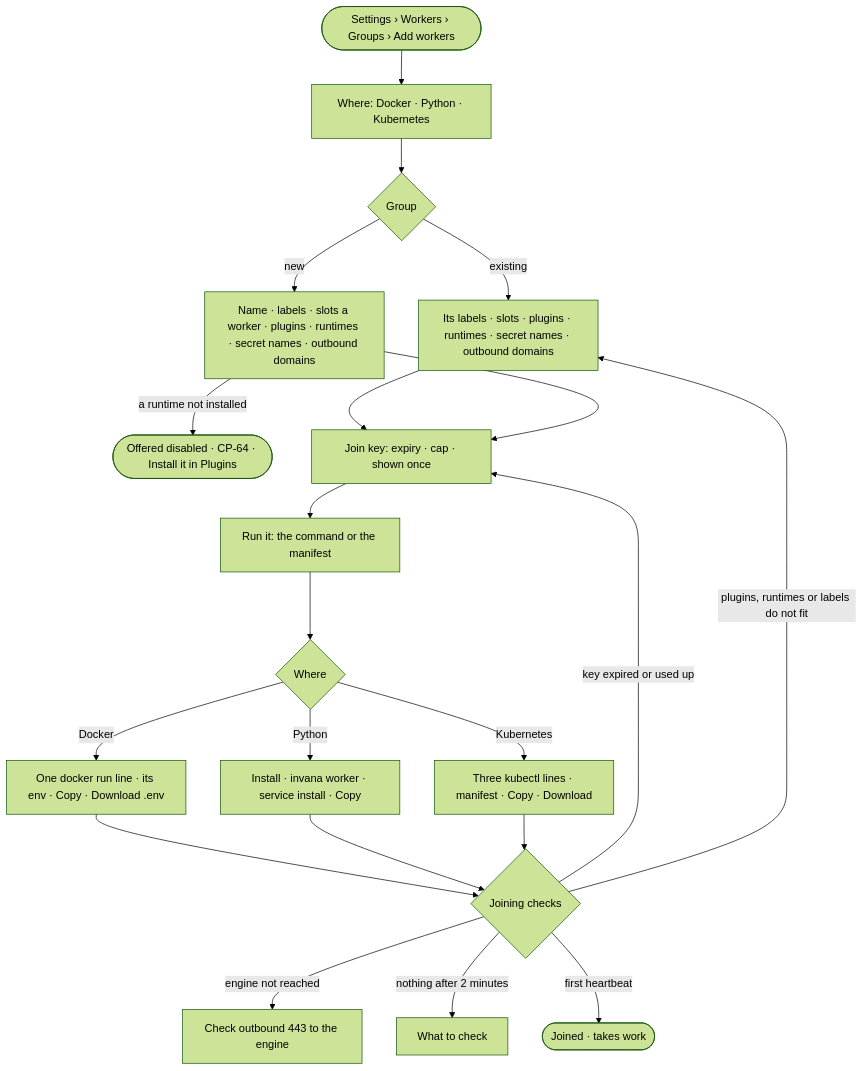
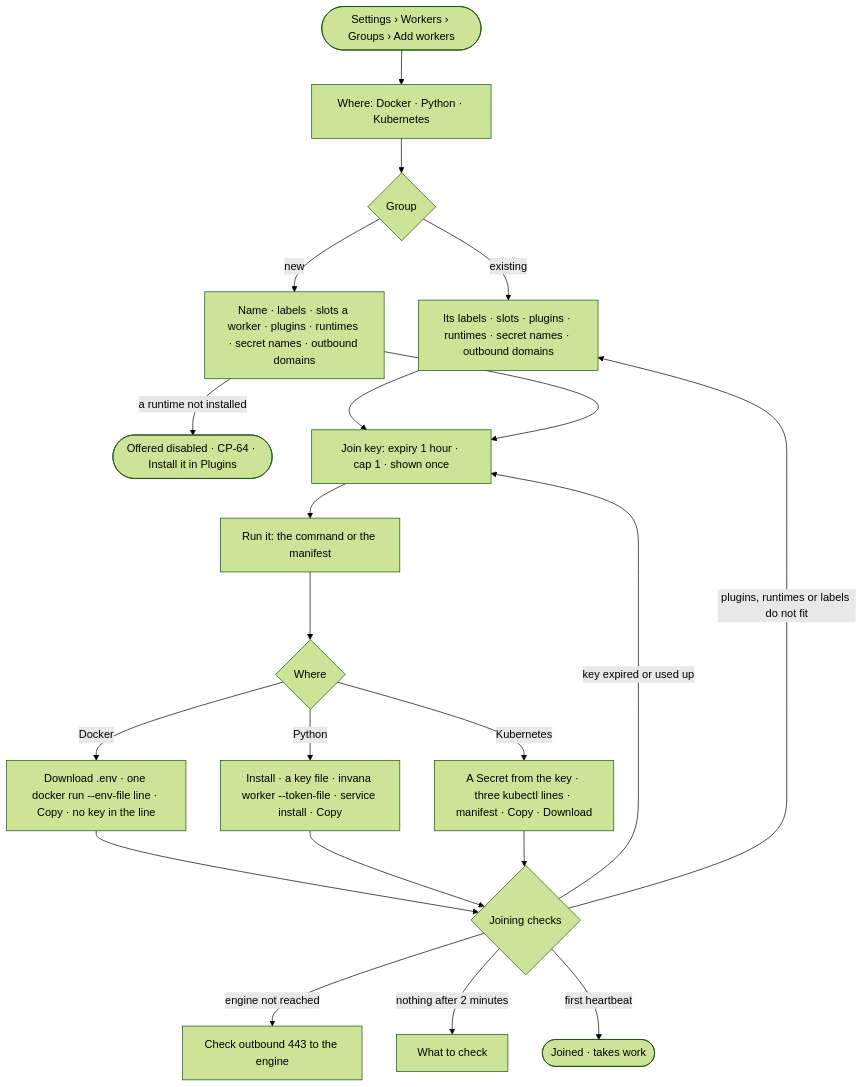
One commit to invana/invana changed the diagram in specs/os/control/features/CP-F03-workers-and-the-queue/stories/CP-10-add-workers-on-my-own-machines-with-one-command/story.md. Above: the diagram before and after it, drawn with Mermaid (forest theme). The commit also changed other lines of this file and 13 other files, not shown here.

````diff
--- a/specs/os/control/features/CP-F03-workers-and-the-queue/stories/CP-10-add-workers-on-my-own-machines-with-one-command/story.md
+++ b/specs/os/control/features/CP-F03-workers-and-the-queue/stories/CP-10-add-workers-on-my-own-machines-with-one-command/story.md
@@ -27,23 +27,23 @@
 ```mermaid
 flowchart TD
   s([Settings › Workers › Groups › Add workers]) --> wh["Where: Docker · Python · Kubernetes"]
   wh --> g{"Group"}
   g -->|existing| ge["Its labels · slots · plugins · runtimes · secret names · outbound domains"]
   g -->|new| gn["Name · labels · slots a worker · plugins · runtimes · secret names · outbound domains"]
   gn -->|a runtime not installed| ri(["Offered disabled · CP-64 · Install it in Plugins"])
-  ge --> k["Join key: expiry · cap · shown once"]
+  ge --> k["Join key: expiry 1 hour · cap 1 · shown once"]
   gn --> k
   k --> run["Run it: the command or the manifest"]
   run --> rr{"Where"}
-  rr -->|Docker| rd["One docker run line · its env · Copy · Download .env"]
-  rr -->|Python| rp["Install · invana worker · service install · Copy"]
-  rr -->|Kubernetes| rk["Three kubectl lines · manifest · Copy · Download"]
+  rr -->|Docker| rd["Download .env · one docker run --env-file line · Copy · no key in the line"]
+  rr -->|Python| rp["Install · a key file · invana worker --token-file · service install · Copy"]
+  rr -->|Kubernetes| rk["A Secret from the key · three kubectl lines · manifest · Copy · Download"]
   rd --> chk
   rp --> chk
   rk --> chk{"Joining checks"}
   chk -->|key expired or used up| k
   chk -->|engine not reached| net["Check outbound 443 to the engine"]
   chk -->|plugins, runtimes or labels do not fit| ge
   chk -->|nothing after 2 minutes| cl["What to check"]
   chk -->|first heartbeat| j(["Joined · takes work"])
 ```
````
